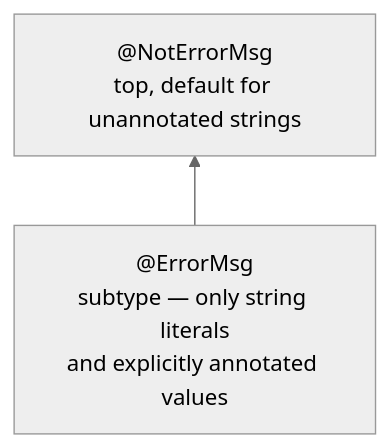
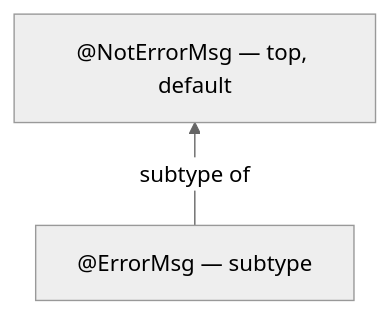
One commit to oscarvarto/jvm-lang-comparison changed the first of 3 diagrams in traditional-is-not-always-simpler/README.md. Above: the diagram before and after it, drawn with Mermaid (neutral theme). The commit also changed other lines of this file, not shown here.

Commit message:
Improved documentation for traditional-is-not-always-simpler/README.md; thorough explanation of the build, using mermaid diagrams

````diff
--- a/traditional-is-not-always-simpler/README.md
+++ b/traditional-is-not-always-simpler/README.md
@@ -44,6 +44,6 @@
 ```mermaid
 graph BT
-    ErrorMsg["@ErrorMsg\nsubtype — only string literals\nand explicitly annotated values"]
-    NotErrorMsg["@NotErrorMsg\ntop, default for unannotated strings"]
-    ErrorMsg --> NotErrorMsg
+    ErrorMsg["@ErrorMsg — subtype"]
+    NotErrorMsg["@NotErrorMsg — top, default"]
+    ErrorMsg -->|"subtype of"| NotErrorMsg
 ```
````
